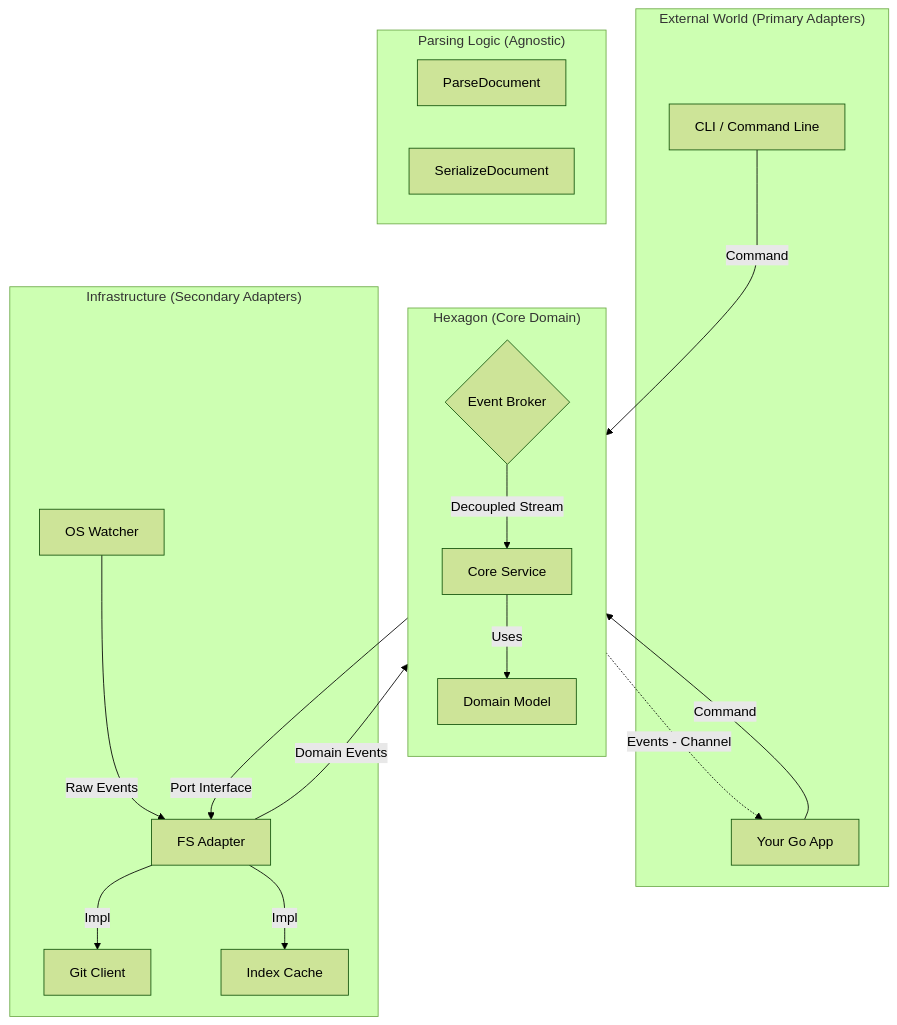
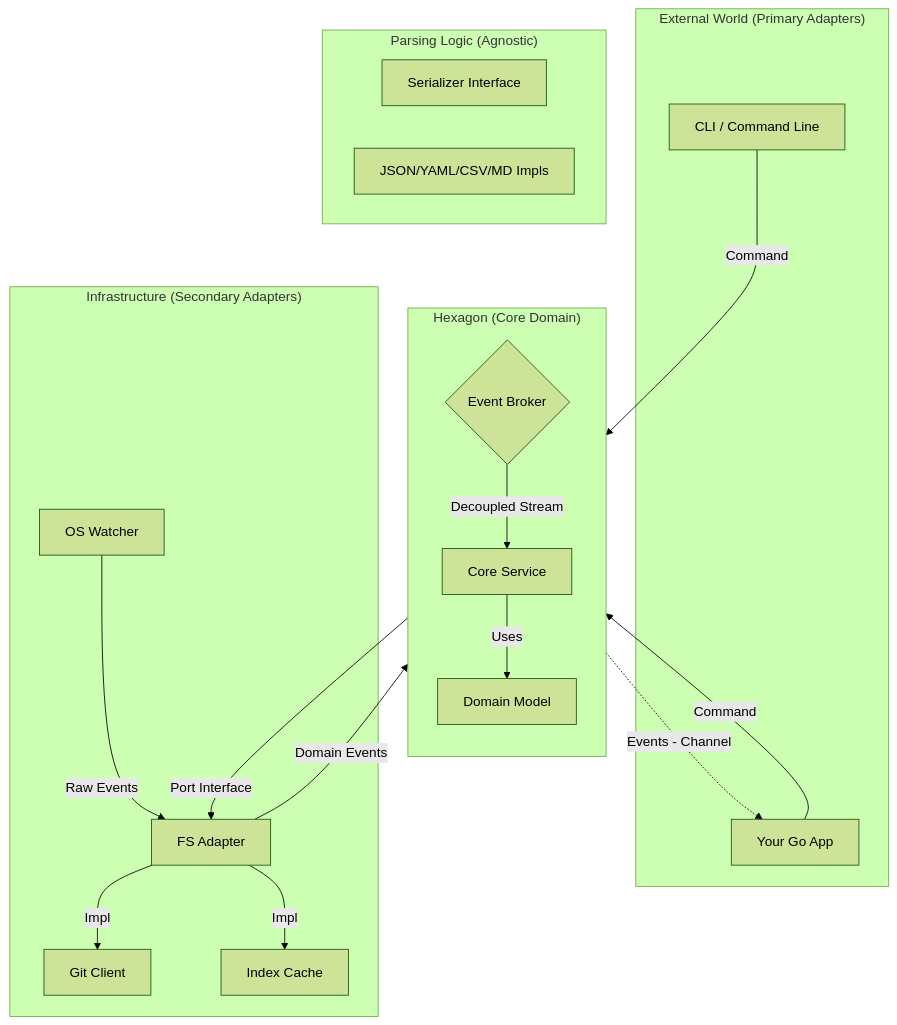
The first of 7 diagrams in docs/TECHNICAL.md (aretw0/loam), drawn with Mermaid (forest theme) before and after one commit. The commit also changed 5 other files, not shown here.

First line of the commit message:
feat(fs): implement pluggable serializers and Smart JSON for CSV

````diff
--- a/docs/TECHNICAL.md
+++ b/docs/TECHNICAL.md
@@ -10,40 +10,40 @@
 ```mermaid
 graph TD
     subgraph "External World (Primary Adapters)"
         CLI[CLI / Command Line]
         App[Your Go App]
     end
 
     subgraph "Parsing Logic (Agnostic)"
-        PD[ParseDocument]
-        SD[SerializeDocument]
+        Serializer[Serializer Interface]
+        Impl[JSON/YAML/CSV/MD Impls]
     end
 
     subgraph "Hexagon (Core Domain)"
         direction TB
         Service[Core Service]
         Model[Domain Model]
         Broker{Event Broker}
     end
 
     subgraph "Infrastructure (Secondary Adapters)"
         FSAdapter[FS Adapter]
         Git[Git Client]
         Cache[Index Cache]
         Watcher[OS Watcher]
     end
 
     CLI -->|Command| Service
     App -->|Command| Service
     
     Service -.->|Events - Channel| App
 
     Service -->|Uses| Model
     Service -->|Port Interface| FSAdapter
     
     FSAdapter -->|Impl| Git
     FSAdapter -->|Impl| Cache
     Watcher -->|Raw Events| FSAdapter
     FSAdapter -->|Domain Events| Broker
     Broker -->|Decoupled Stream| Service
 ```
````
